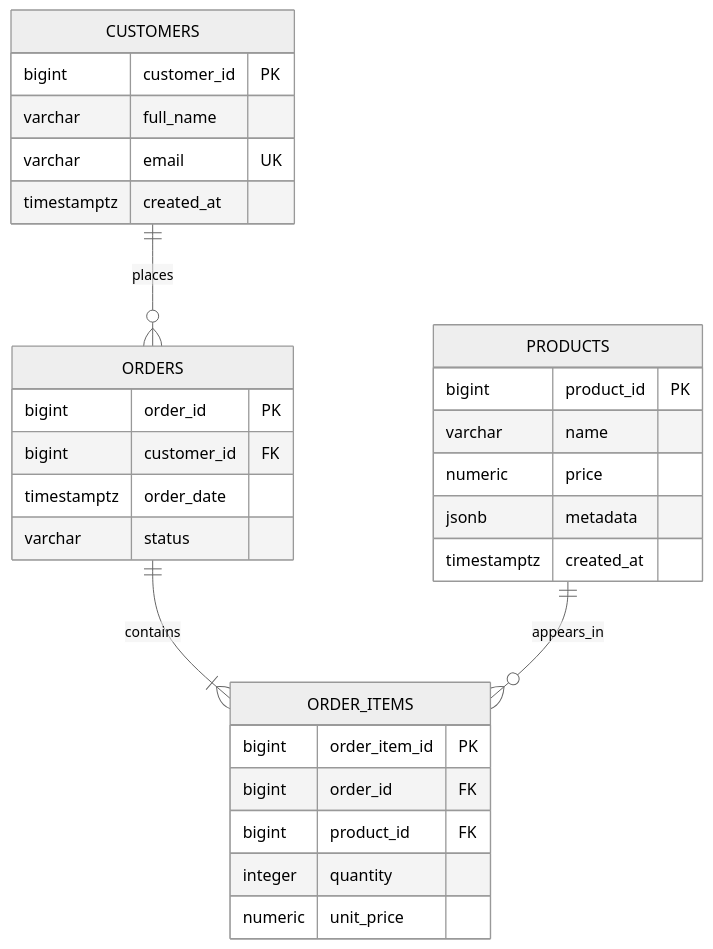
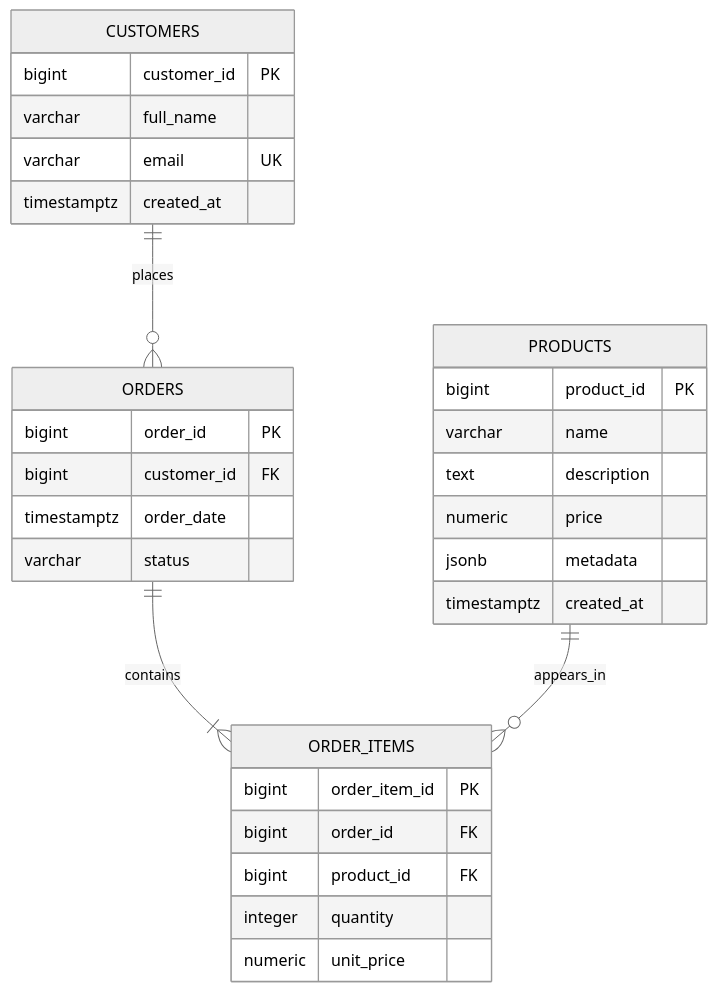
The diagram in docs/database-design.md (Aline-CROIRE/ecommerce-analytics-pipeline), drawn with Mermaid (neutral theme) before and after one commit. The commit also changed other lines of this file and 3 other files, not shown here.

Commit message:
docs: complete README with ER diagram, schema, setup, and optimization results

````diff
--- a/docs/database-design.md
+++ b/docs/database-design.md
@@ -58,36 +58,37 @@
 ```mermaid
 erDiagram
     CUSTOMERS ||--o{ ORDERS : places
     ORDERS ||--|{ ORDER_ITEMS : contains
     PRODUCTS ||--o{ ORDER_ITEMS : appears_in
 
     CUSTOMERS {
         bigint customer_id PK
         varchar full_name
         varchar email UK
         timestamptz created_at
     }
 
     ORDERS {
         bigint order_id PK
         bigint customer_id FK
         timestamptz order_date
         varchar status
     }
 
     PRODUCTS {
         bigint product_id PK
         varchar name
+        text description
         numeric price
         jsonb metadata
         timestamptz created_at
     }
 
     ORDER_ITEMS {
         bigint order_item_id PK
         bigint order_id FK
         bigint product_id FK
         integer quantity
         numeric unit_price
     }
 ```
````
